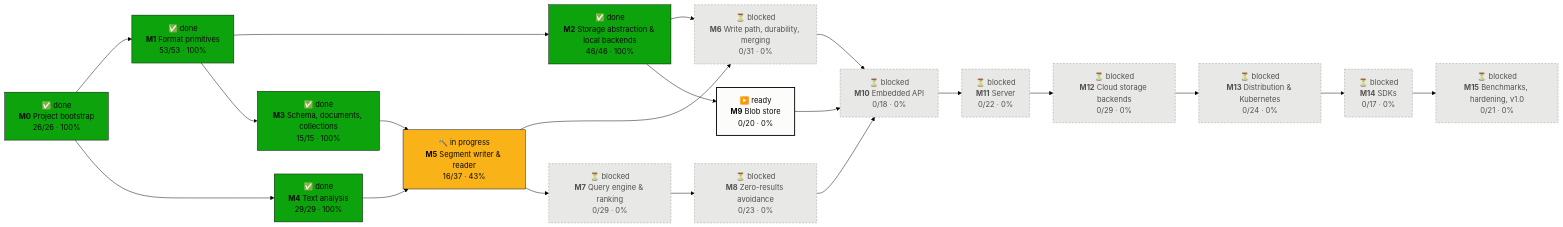
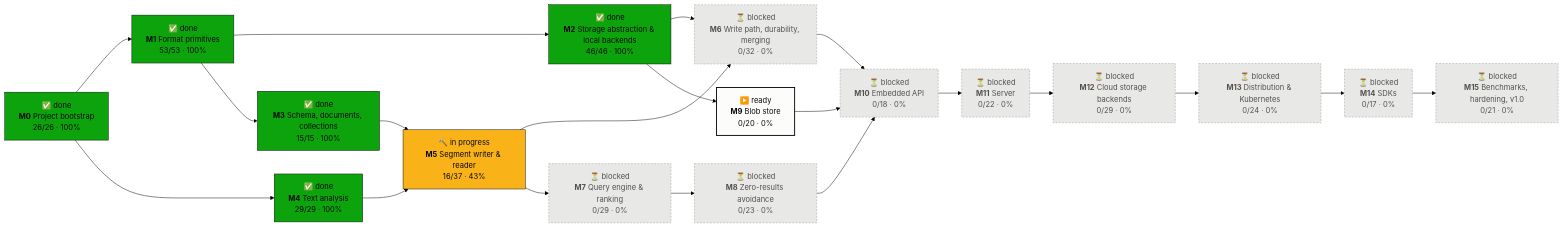
One commit to tomiok/persiaDB changed the first of 2 diagrams in PROGRESS.md. Above: the diagram before and after it, drawn with Mermaid (forest theme). The commit also changed other lines of this file and 10 other files, not shown here.

````diff
--- a/PROGRESS.md
+++ b/PROGRESS.md
@@ -16,42 +16,42 @@
 ```mermaid
 flowchart LR
   M0["✅ done<br/><b>M0</b> Project bootstrap<br/>26/26 · 100%"]:::done
   M1["✅ done<br/><b>M1</b> Format primitives<br/>53/53 · 100%"]:::done
   M2["✅ done<br/><b>M2</b> Storage abstraction & local backends<br/>46/46 · 100%"]:::done
   M3["✅ done<br/><b>M3</b> Schema, documents, collections<br/>15/15 · 100%"]:::done
   M4["✅ done<br/><b>M4</b> Text analysis<br/>29/29 · 100%"]:::done
   M5["🔨 in progress<br/><b>M5</b> Segment writer & reader<br/>16/37 · 43%"]:::doing
-  M6["⏳ blocked<br/><b>M6</b> Write path, durability, merging<br/>0/31 · 0%"]:::blocked
+  M6["⏳ blocked<br/><b>M6</b> Write path, durability, merging<br/>0/32 · 0%"]:::blocked
   M7["⏳ blocked<br/><b>M7</b> Query engine & ranking<br/>0/29 · 0%"]:::blocked
   M8["⏳ blocked<br/><b>M8</b> Zero-results avoidance<br/>0/23 · 0%"]:::blocked
   M9["▶️ ready<br/><b>M9</b> Blob store<br/>0/20 · 0%"]:::ready
   M10["⏳ blocked<br/><b>M10</b> Embedded API<br/>0/18 · 0%"]:::blocked
   M11["⏳ blocked<br/><b>M11</b> Server<br/>0/22 · 0%"]:::blocked
   M12["⏳ blocked<br/><b>M12</b> Cloud storage backends<br/>0/29 · 0%"]:::blocked
   M13["⏳ blocked<br/><b>M13</b> Distribution & Kubernetes<br/>0/24 · 0%"]:::blocked
   M14["⏳ blocked<br/><b>M14</b> SDKs<br/>0/17 · 0%"]:::blocked
   M15["⏳ blocked<br/><b>M15</b> Benchmarks, hardening, v1.0<br/>0/21 · 0%"]:::blocked
   M0 --> M1
   M1 --> M2
   M1 --> M3
   M0 --> M4
   M3 --> M5
   M4 --> M5
   M2 --> M6
   M5 --> M6
   M5 --> M7
   M7 --> M8
   M2 --> M9
   M6 --> M10
   M8 --> M10
   M9 --> M10
   M10 --> M11
   M11 --> M12
   M12 --> M13
   M13 --> M14
   M14 --> M15
   classDef done fill:#0ca30c,stroke:#0b0b0b,color:#0b0b0b
   classDef doing fill:#fab219,stroke:#0b0b0b,color:#0b0b0b
   classDef ready fill:#fcfcfb,stroke:#0b0b0b,stroke-width:2px,color:#0b0b0b
   classDef blocked fill:#e8e8e6,stroke:#9a9a96,stroke-dasharray:4 3,color:#52514e
 ```
````
